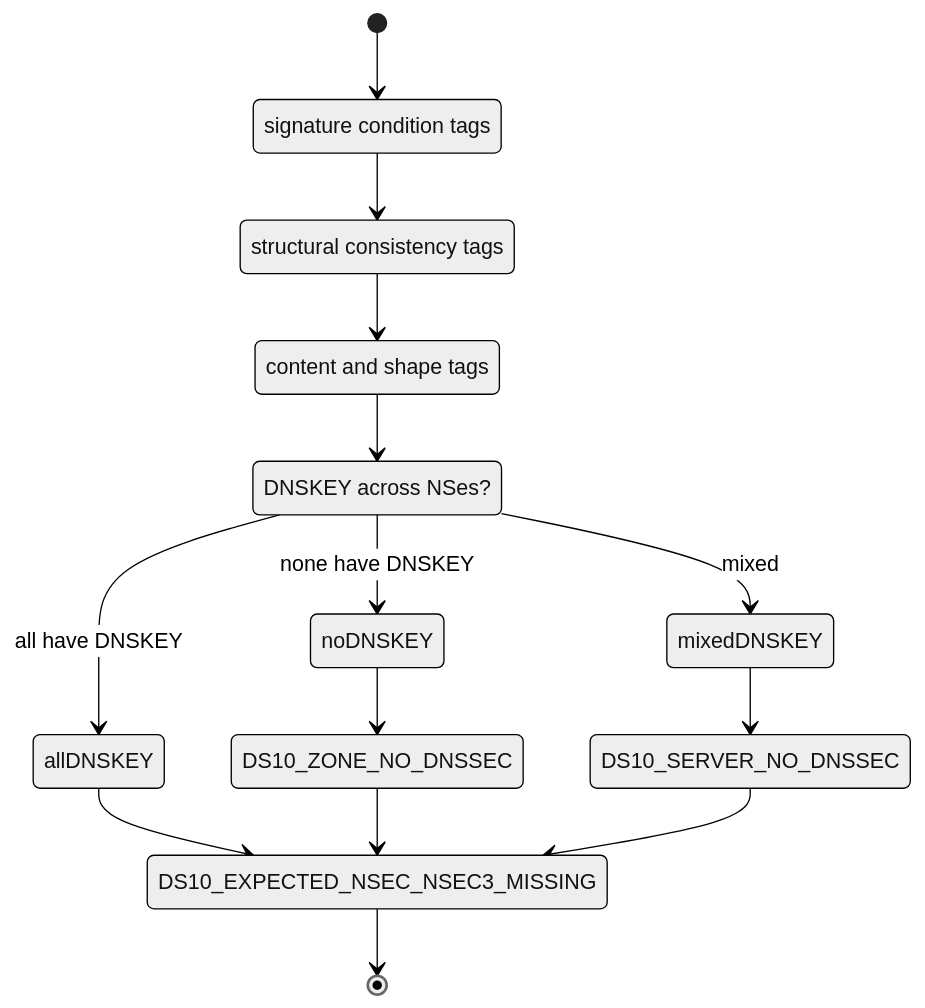
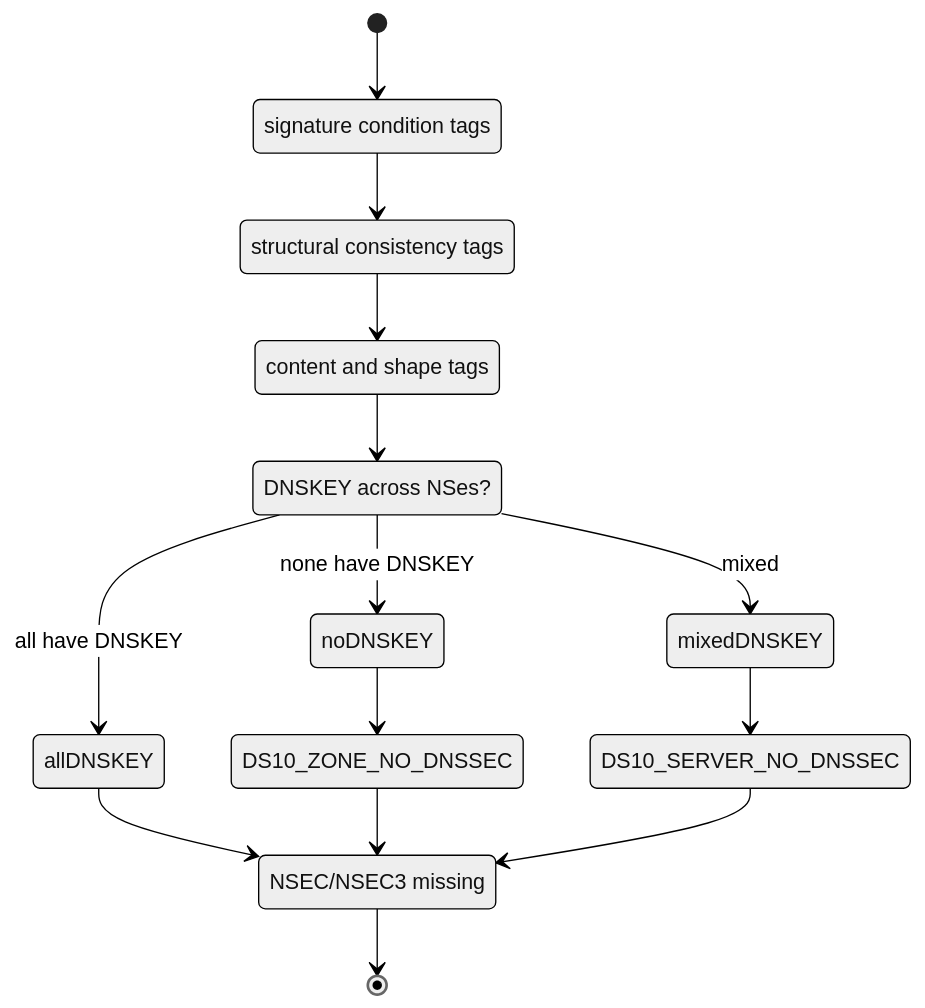
The fourth of 4 diagrams in docs/specifications/tests/dnssec/dnssec10.md (pawal/gonemaster), drawn with Mermaid (neutral theme) before and after one commit. The commit also changed other lines of this file and 3 other files, not shown here.

Commit message:
docs: shorten mermaid labels to avoid empty-box wrap rendering

```diff
--- a/docs/specifications/tests/dnssec/dnssec10.md
+++ b/docs/specifications/tests/dnssec/dnssec10.md
@@ -134,23 +134,23 @@
 {{< mermaid >}}
 stateDiagram-v2
     [*] --> sigTags
     sigTags : signature condition tags
     sigTags --> consTags
     consTags : structural consistency tags
     consTags --> shapeTags
     shapeTags : content and shape tags
     shapeTags --> dkeyCheck
     dkeyCheck : DNSKEY across NSes?
     dkeyCheck --> allDNSKEY : all have DNSKEY
     dkeyCheck --> noDNSKEY : none have DNSKEY
     dkeyCheck --> mixedDNSKEY : mixed
     noDNSKEY --> zoneTag
     zoneTag : DS10_ZONE_NO_DNSSEC
     mixedDNSKEY --> srvTag
     srvTag : DS10_SERVER_NO_DNSSEC
     allDNSKEY --> missing
     zoneTag --> missing
     srvTag --> missing
-    missing : DS10_EXPECTED_NSEC_NSEC3_MISSING
+    missing : NSEC/NSEC3 missing
     missing --> [*]
 {{< /mermaid >}}
```
